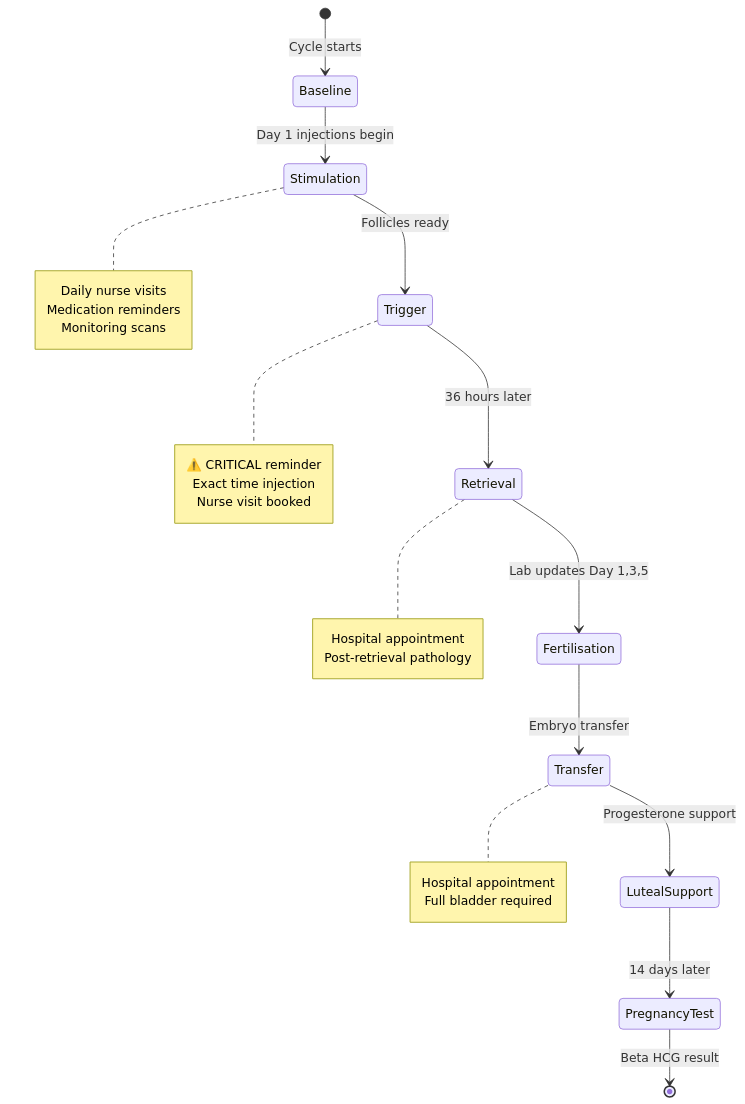
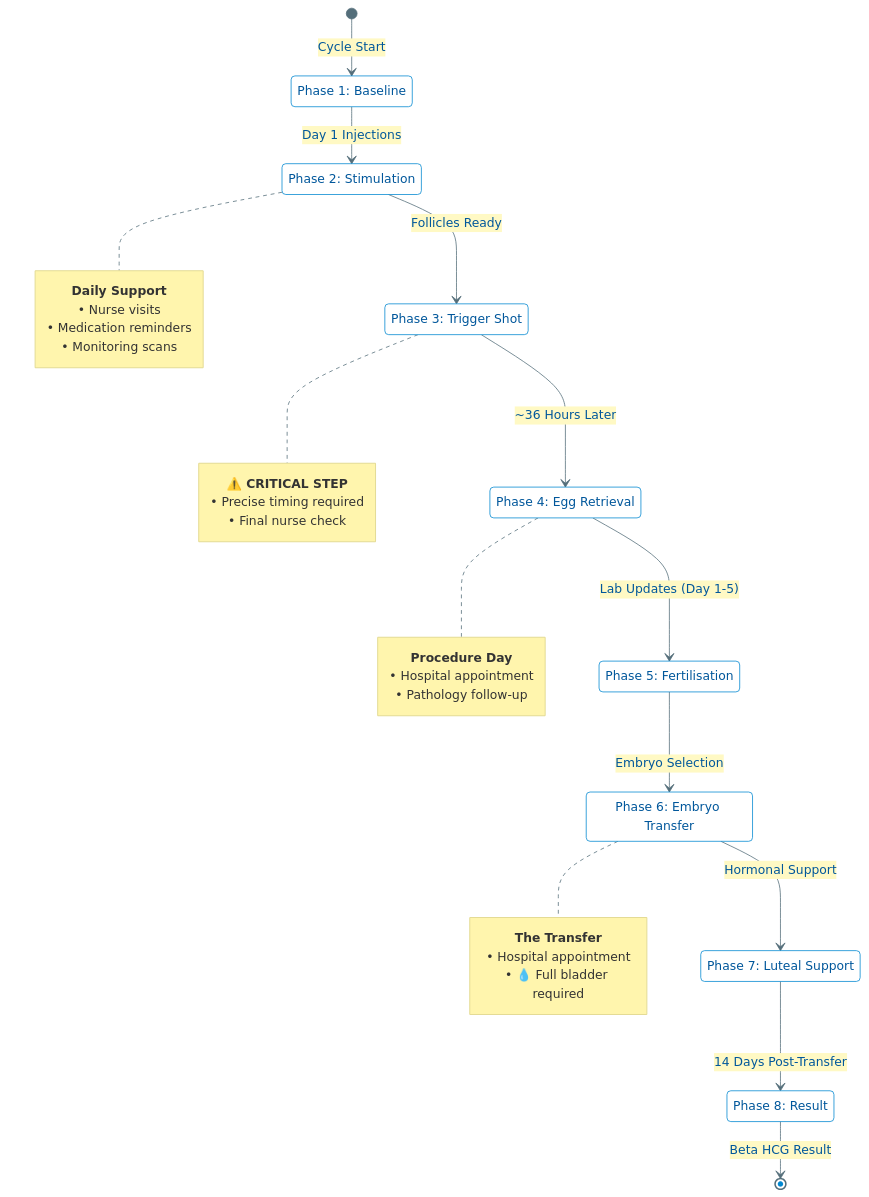
Before and after one commit to khaiwalVikrant/ivf-care-platform: the second of 5 diagrams in README.md, drawn with Mermaid.

Commit message:
fix: update readme.md related to ivf cycle stage

````diff
--- a/README.md
+++ b/README.md
@@ -69,35 +69,66 @@
 ```mermaid
+%%{init: {
+  'theme': 'base',
+  'themeVariables': {
+    'primaryColor': '#e1f5fe',
+    'primaryTextColor': '#01579b',
+    'primaryBorderColor': '#0288d1',
+    'lineColor': '#546e7a',
+    'secondaryColor': '#fff9c4',
+    'tertiaryColor': '#eceff1',
+    'mainBkg': '#ffffff',
+    'nodeBorder': '#0288d1'
+  }
+} }%%
+
 stateDiagram-v2
-    [*] --> Baseline: Cycle starts
+    direction TB
 
-    Baseline --> Stimulation: Day 1 injections begin
+    state "Phase 1: Baseline" as Baseline
+    state "Phase 2: Stimulation" as Stimulation
+    state "Phase 3: Trigger Shot" as Trigger
+    state "Phase 4: Egg Retrieval" as Retrieval
+    state "Phase 5: Fertilisation" as Fertilisation
+    state "Phase 6: Embryo Transfer" as Transfer
+    state "Phase 7: Luteal Support" as LutealSupport
+    state "Phase 8: Result" as PregnancyTest
+
+    [*] --> Baseline: Cycle Start
+    
+    Baseline --> Stimulation: Day 1 Injections
     note right of Stimulation
-        Daily nurse visits
-        Medication reminders
-        Monitoring scans
+        <b>Daily Support</b>
+        • Nurse visits
+        • Medication reminders
+        • Monitoring scans
     end note
 
-    Stimulation --> Trigger: Follicles ready
+    Stimulation --> Trigger: Follicles Ready
     note right of Trigger
-        ⚠️ CRITICAL reminder
-        Exact time injection
-        Nurse visit booked
+        <b>⚠️ CRITICAL STEP</b>
+        • Precise timing required
+        • Final nurse check
     end note
 
-    Trigger --> Retrieval: 36 hours later
+    Trigger --> Retrieval: ~36 Hours Later
     note right of Retrieval
-        Hospital appointment
-        Post-retrieval pathology
+        <b>Procedure Day</b>
+        • Hospital appointment
+        • Pathology follow-up
     end note
 
-    Retrieval --> Fertilisation: Lab updates Day 1,3,5
-    Fertilisation --> Transfer: Embryo transfer
+    Retrieval --> Fertilisation: Lab Updates (Day 1-5)
+    
+    Fertilisation --> Transfer: Embryo Selection
     note right of Transfer
-        Hospital appointment
-        Full bladder required
+        <b>The Transfer</b>
+        • Hospital appointment
+        • 💧 Full bladder required
     end note
 
-    Transfer --> LutealSupport: Progesterone support
-    LutealSupport --> PregnancyTest: 14 days later
-    PregnancyTest --> [*]: Beta HCG result
+    Transfer --> LutealSupport: Hormonal Support
+    
+    LutealSupport --> PregnancyTest: 14 Days Post-Transfer
+    
+    PregnancyTest --> [*]: Beta HCG Result
 ```
````
